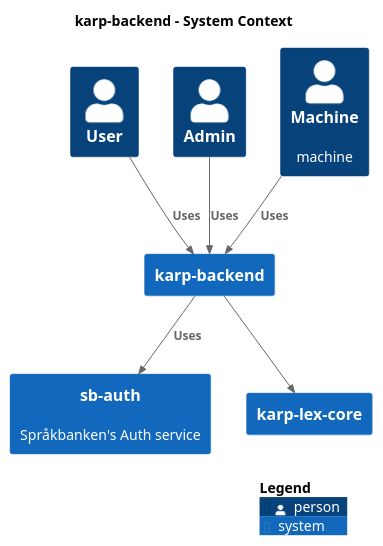
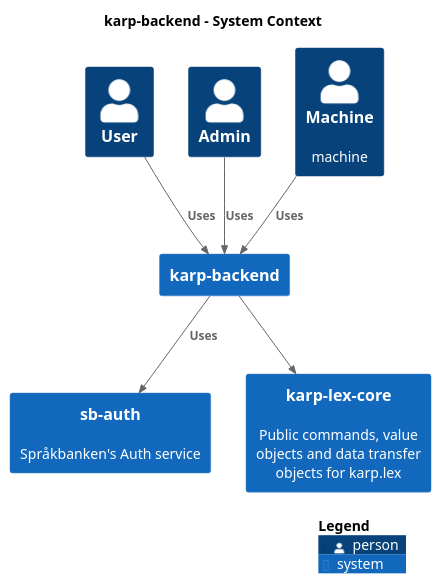
Before and after one commit to spraakbanken/karp-backend: the diagram in docs/karp-backend/docs/system-overview/master/puml/BackendSystemContext.puml, drawn with PlantUML. The commit also changed 56 other files, not shown here.

```diff
--- a/docs/karp-backend/docs/system-overview/master/puml/BackendSystemContext.puml
+++ b/docs/karp-backend/docs/system-overview/master/puml/BackendSystemContext.puml
@@ -1,24 +1,24 @@
 @startuml
 set separator none
 title karp-backend - System Context
 
 top to bottom direction
 
 !include <C4/C4>
 !include <C4/C4_Context>
 
 System(sbauth, "sb-auth", $descr="Språkbanken's Auth service", $tags="", $link="")
-System(karplexcore, "karp-lex-core", $descr="", $tags="", $link="")
+System(karplexcore, "karp-lex-core", $descr="Public commands, value objects and data transfer objects for karp.lex", $tags="", $link="")
 Person(User, "User", $descr="", $tags="", $link="")
 Person(Admin, "Admin", $descr="", $tags="", $link="")
 Person(Machine, "Machine", $descr="machine", $tags="", $link="")
 System(karpbackend, "karp-backend", $descr="", $tags="", $link="")
 
 Rel_D(User, karpbackend, "Uses", $techn="", $tags="", $link="")
 Rel_D(Machine, karpbackend, "Uses", $techn="", $tags="", $link="")
 Rel_D(Admin, karpbackend, "Uses", $techn="", $tags="", $link="")
 Rel_D(karpbackend, karplexcore, "", $techn="", $tags="", $link="")
 Rel_D(karpbackend, sbauth, "Uses", $techn="", $tags="", $link="")
 
 SHOW_LEGEND(true)
 @enduml
```
